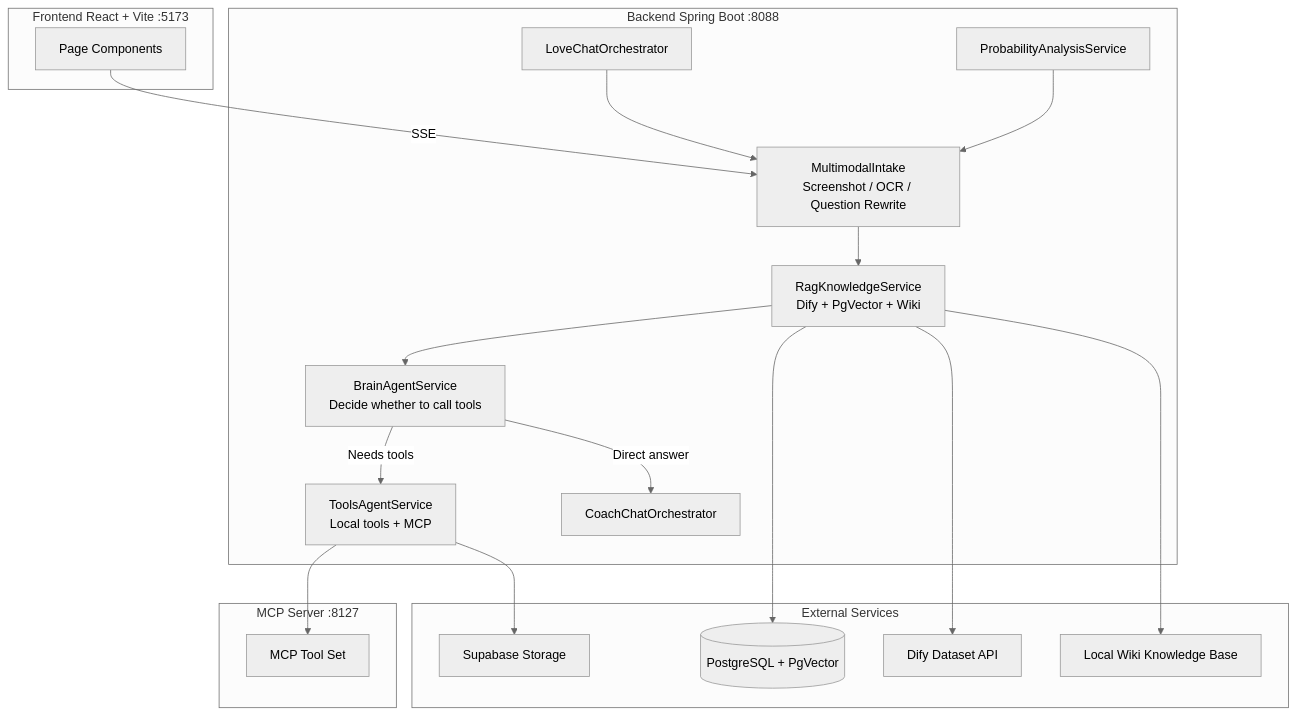
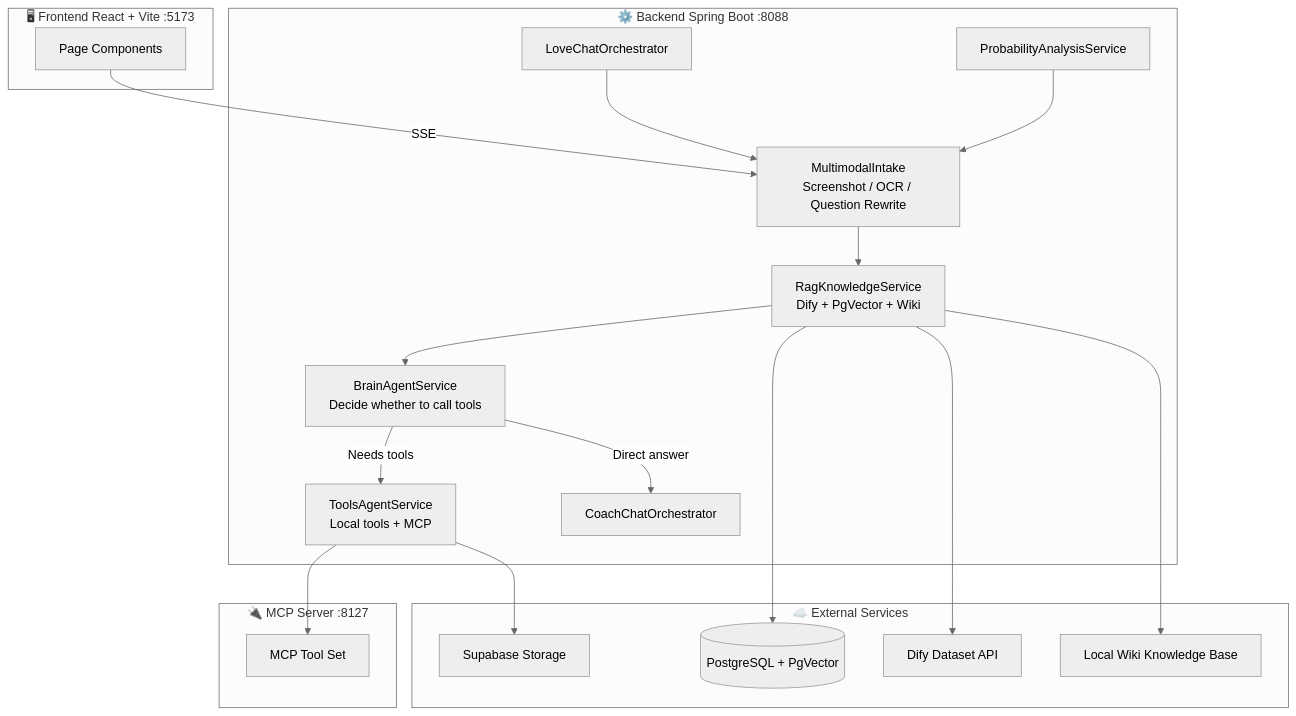
The diagram in README_EN.md (KkOma-value/Lovemaster), drawn with Mermaid (neutral theme) before and after one commit. The commit also changed other lines of this file and 3 other files, not shown here.

````diff
--- a/README_EN.md
+++ b/README_EN.md
@@ -47,40 +96,40 @@
 ```mermaid
 graph TB
-    subgraph Frontend ["Frontend React + Vite :5173"]
+    subgraph Frontend ["🖥 Frontend React + Vite :5173"]
         UI[Page Components]
     end
 
-    subgraph Backend ["Backend Spring Boot :8088"]
+    subgraph Backend ["⚙️ Backend Spring Boot :8088"]
         Intake[MultimodalIntake<br/>Screenshot / OCR / Question Rewrite]
         RAG[RagKnowledgeService<br/>Dify + PgVector + Wiki]
         Brain[BrainAgentService<br/>Decide whether to call tools]
         Tools[ToolsAgentService<br/>Local tools + MCP]
         Love[LoveChatOrchestrator]
         Kiko[ProbabilityAnalysisService]
         Coach[CoachChatOrchestrator]
     end
 
-    subgraph MCP ["MCP Server :8127"]
+    subgraph MCP ["🔌 MCP Server :8127"]
         MCPTools[MCP Tool Set]
     end
 
-    subgraph Storage ["External Services"]
+    subgraph Storage ["☁️ External Services"]
         DB[(PostgreSQL + PgVector)]
         Dify[Dify Dataset API]
         Supa[Supabase Storage]
         Wiki[Local Wiki Knowledge Base]
     end
 
     UI -->|SSE| Intake
     Intake --> RAG
     RAG --> Brain
     Brain -->|Needs tools| Tools
     Brain -->|Direct answer| Coach
     Tools --> MCPTools
     Love --> Intake
     Kiko --> Intake
     RAG --> DB
     RAG --> Dify
     RAG --> Wiki
     Tools --> Supa
 ```
````
